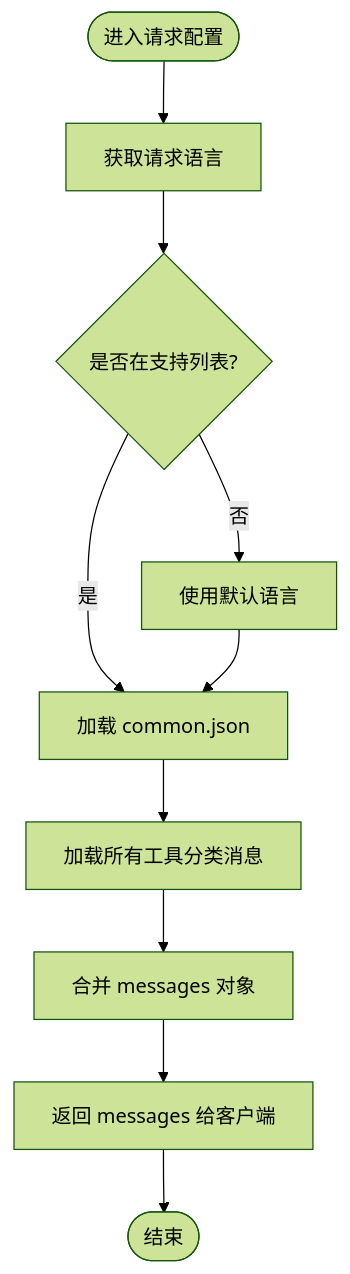
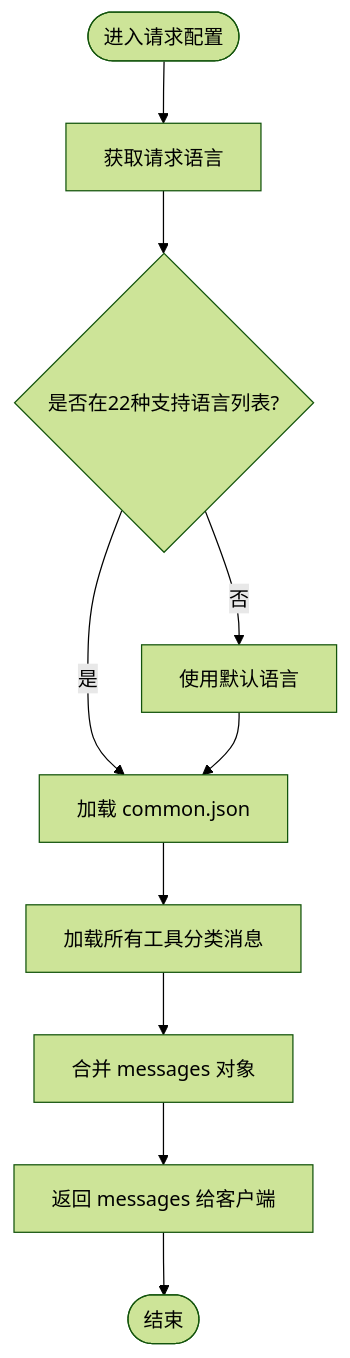
Before and after one commit to sgyy/privadeck: the fourth of 9 diagrams in .qoder/repowiki/zh/content/国际化系统.md, drawn with Mermaid (forest theme). The commit also changed other lines of this file and 23 other files, not shown here.

````diff
--- a/.qoder/repowiki/zh/content/国际化系统.md
+++ b/.qoder/repowiki/zh/content/国际化系统.md
@@ -241,12 +217,12 @@
 ```mermaid
 flowchart TD
 Start(["进入请求配置"]) --> GetLocale["获取请求语言"]
-GetLocale --> Validate{"是否在支持列表?"}
+GetLocale --> Validate{"是否在22种支持语言列表?"}
 Validate --> |是| LoadCommon["加载 common.json"]
 Validate --> |否| UseDefault["使用默认语言"]
-LoadCommon --> LoadAllTools["加载所有工具分类消息"]
+LoadCommon --> LoadTools["加载所有工具分类消息"]
 UseDefault --> LoadCommon
-LoadAllTools --> Merge["合并 messages 对象"]
+LoadTools --> Merge["合并 messages 对象"]
 Merge --> ReturnMsg["返回 messages 给客户端"]
 ReturnMsg --> End(["结束"])
 ```
````
